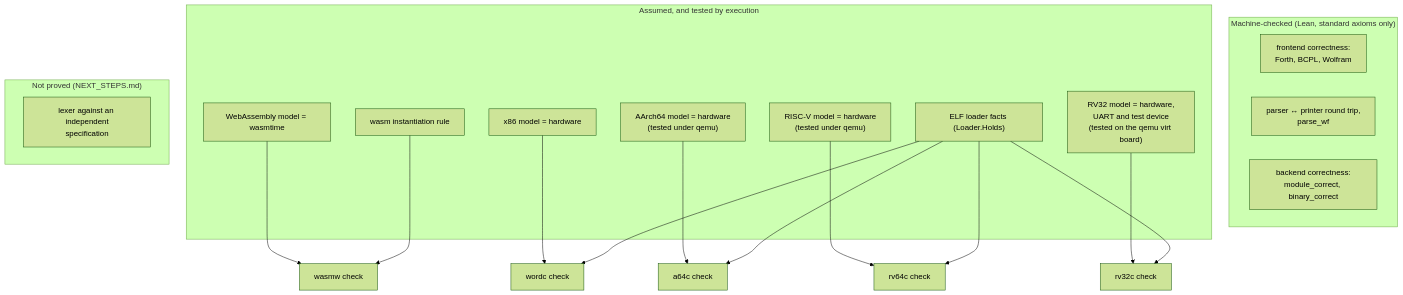
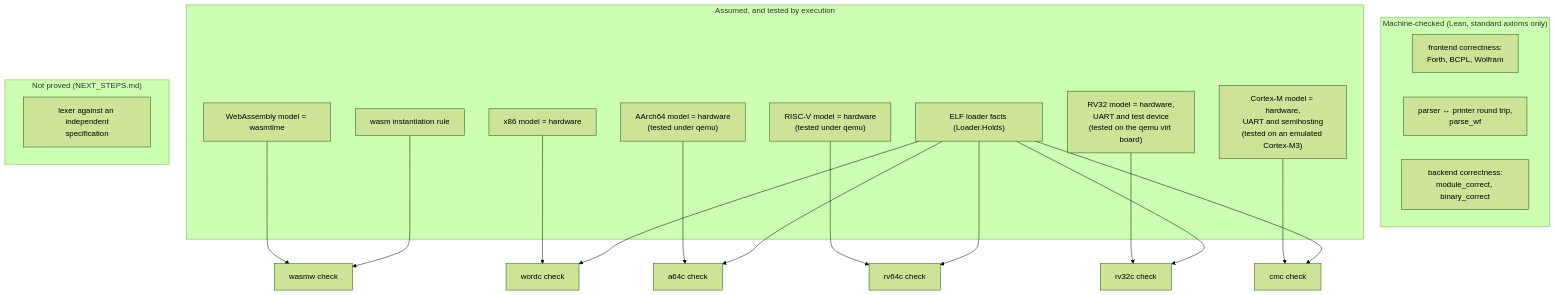
One commit to SNAPKITTYAGENT9NOVA/ai-free changed diagram 16 of 17 in README.md. Above: the diagram before and after it, drawn with Mermaid (forest theme). The commit also changed other lines of this file and 30 other files, not shown here.

````diff
--- a/README.md
+++ b/README.md
@@ -1789,30 +1926,33 @@
 ```mermaid
 flowchart TD
   subgraph Proved["Machine-checked (Lean, standard axioms only)"]
     FE["frontend correctness:<br/>Forth, BCPL, Wolfram"]
     PA["parser ↔ printer round trip,<br/>parse_wf"]
     BE["backend correctness:<br/>module_correct, binary_correct"]
   end
   subgraph Assumed["Assumed, and tested by execution"]
     WM["WebAssembly model = wasmtime"]
     XM["x86 model = hardware"]
     AM["AArch64 model = hardware<br/>(tested under qemu)"]
     RM["RISC-V model = hardware<br/>(tested under qemu)"]
     MM["RV32 model = hardware,<br/>UART and test device<br/>(tested on the qemu virt board)"]
+    CMM["Cortex-M model = hardware,<br/>UART and semihosting<br/>(tested on an emulated Cortex-M3)"]
     INST["wasm instantiation rule"]
     LDR["ELF loader facts (Loader.Holds)"]
   end
   subgraph Unproved["Not proved (NEXT_STEPS.md)"]
     LEX["lexer against an independent<br/>specification"]
   end
   WM --> T1["wasmw check"]
   INST --> T1
   XM --> T2["wordc check"]
   LDR --> T2
   AM --> T3["a64c check"]
   LDR --> T3
   RM --> T4["rv64c check"]
   LDR --> T4
   MM --> T5["rv32c check"]
   LDR --> T5
+  CMM --> T6["cmc check"]
+  LDR --> T6
 ```
````
